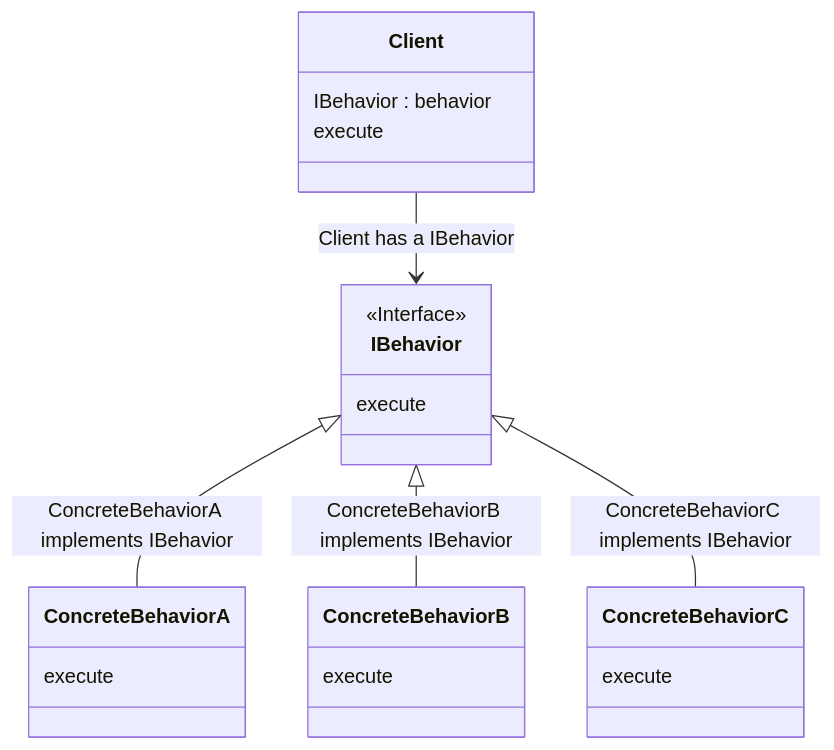
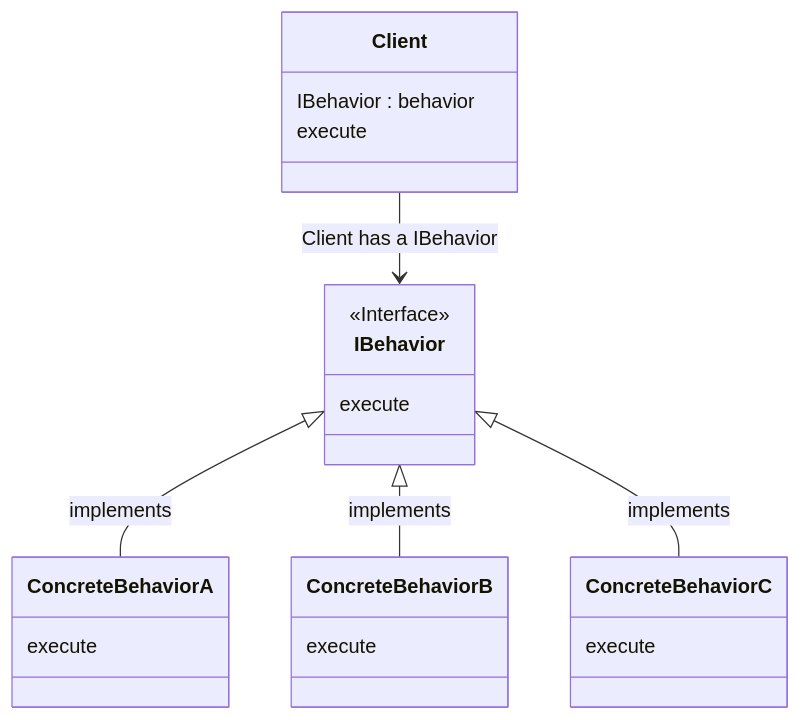
One commit to heisnam-sunrose/Javascript changed the first of 2 diagrams in DesignPattern/BehavioralDesignPatterns/02.StartegyPattern.md. Above: the diagram before and after it, drawn with Mermaid. The commit also changed other lines of this file, not shown here.

````diff
--- a/DesignPattern/BehavioralDesignPatterns/02.StartegyPattern.md
+++ b/DesignPattern/BehavioralDesignPatterns/02.StartegyPattern.md
@@ -21,30 +21,30 @@
 ```mermaid 
 classDiagram
     Client --> IBehavior : Client has a IBehavior
-    IBehavior <|-- ConcreteBehaviorA : ConcreteBehaviorA implements IBehavior
-    IBehavior <|-- ConcreteBehaviorB : ConcreteBehaviorB implements IBehavior
-    IBehavior <|-- ConcreteBehaviorC : ConcreteBehaviorC implements IBehavior
+    IBehavior <|-- ConcreteBehaviorA : implements
+    IBehavior <|-- ConcreteBehaviorB : implements
+    IBehavior <|-- ConcreteBehaviorC : implements
     
    class Client  {
     IBehavior : behavior
     execute
   
    } 
 
    class IBehavior
       <<Interface>> IBehavior
       IBehavior : execute
 
 
    class ConcreteBehaviorA{
     execute
    }
 
    class ConcreteBehaviorB {
      execute
    } 
 
    class ConcreteBehaviorC {
      execute
    }   
   ```
````
